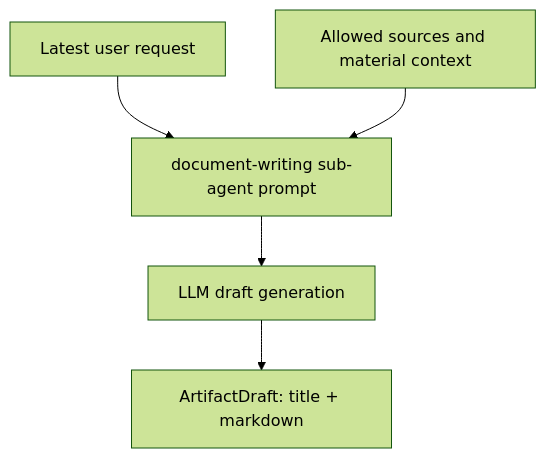
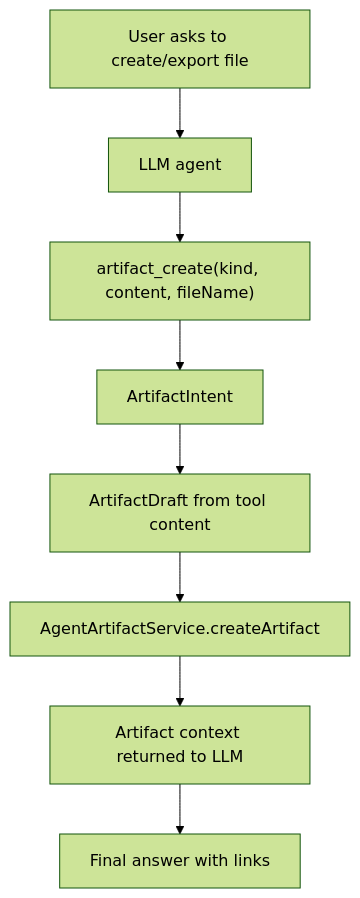
The tenth of 11 diagrams in DIPLOMA_DESCRIPTION.md (ErikGajiumarovi/gtu_ai_assistant), drawn with Mermaid (forest theme) before and after one commit. The commit also changed other lines of this file and 7 other files, not shown here.

````diff
--- a/DIPLOMA_DESCRIPTION.md
+++ b/DIPLOMA_DESCRIPTION.md
@@ -907,13 +957,19 @@
 ```mermaid
 flowchart TB
-    UserRequest["Latest user request"]
-    Sources["Allowed sources and material context"]
-    DraftPrompt["document-writing sub-agent prompt"]
-    LlmDraft["LLM draft generation"]
-    Markdown["ArtifactDraft: title + markdown"]
+    UserRequest["User asks to create/export file"]
+    Agent["LLM agent"]
+    ToolCall["artifact_create(kind, content, fileName)"]
+    Intent["ArtifactIntent"]
+    Draft["ArtifactDraft from tool content"]
+    Service["AgentArtifactService.createArtifact"]
+    Context["Artifact context returned to LLM"]
+    Final["Final answer with links"]
 
-    UserRequest --> DraftPrompt
-    Sources --> DraftPrompt
-    DraftPrompt --> LlmDraft
-    LlmDraft --> Markdown
+    UserRequest --> Agent
+    Agent --> ToolCall
+    ToolCall --> Intent
+    Intent --> Draft
+    Draft --> Service
+    Service --> Context
+    Context --> Final
 ```
````
